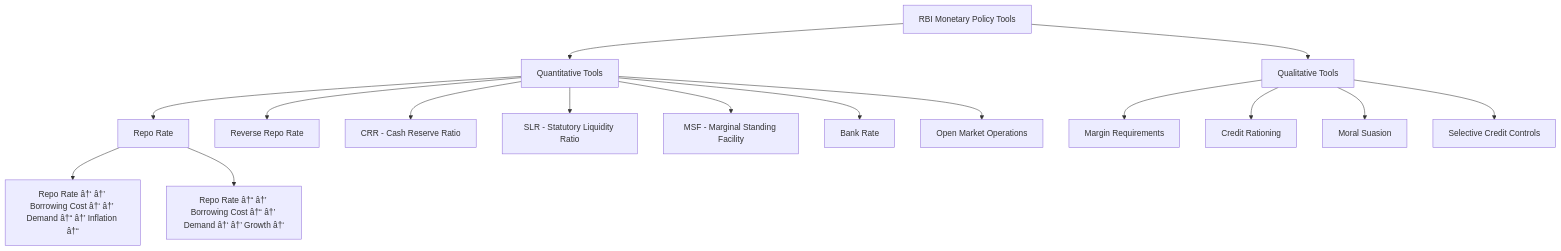
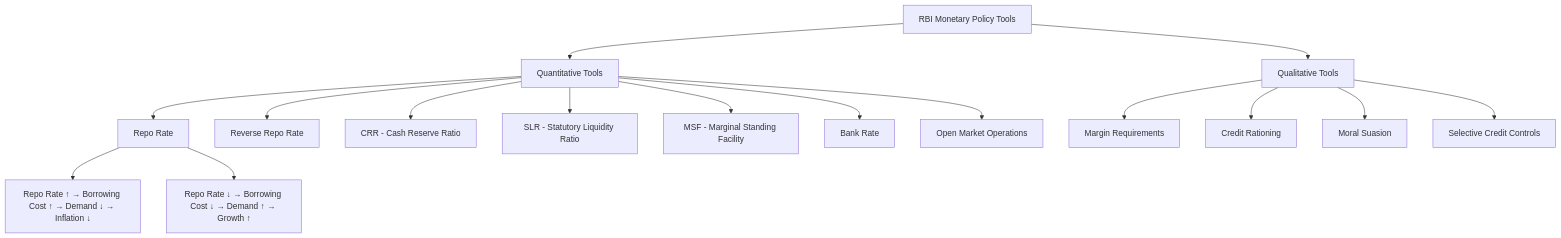
One commit to Raushan666java/ai-engineering-journey changed the second of 4 diagrams in docs/courses/banking-financial-awareness/01-rbi-monetary-policy.md. Above: the diagram before and after it, drawn with Mermaid. The commit also changed other lines of this file and 965 other files, not shown here.

````diff
--- a/docs/courses/banking-financial-awareness/01-rbi-monetary-policy.md
+++ b/docs/courses/banking-financial-awareness/01-rbi-monetary-policy.md
@@ -120,21 +120,21 @@
 ```mermaid
 flowchart TD
     A[RBI Monetary Policy Tools] --> B[Quantitative Tools]
     A --> C[Qualitative Tools]
     
     B --> D[Repo Rate]
     B --> E[Reverse Repo Rate]
     B --> F[CRR - Cash Reserve Ratio]
     B --> G[SLR - Statutory Liquidity Ratio]
     B --> H[MSF - Marginal Standing Facility]
     B --> I[Bank Rate]
     B --> J[Open Market Operations]
     
     C --> K[Margin Requirements]
     C --> L[Credit Rationing]
     C --> M[Moral Suasion]
     C --> N[Selective Credit Controls]
     
-    D --> O[Repo Rate â†‘ â†’ Borrowing Cost â†‘ â†’ Demand â†“ â†’ Inflation â†“]
-    D --> P[Repo Rate â†“ â†’ Borrowing Cost â†“ â†’ Demand â†‘ â†’ Growth â†‘]
+    D --> O[Repo Rate ↑ → Borrowing Cost ↑ → Demand ↓ → Inflation ↓]
+    D --> P[Repo Rate ↓ → Borrowing Cost ↓ → Demand ↑ → Growth ↑]
 ```
````
